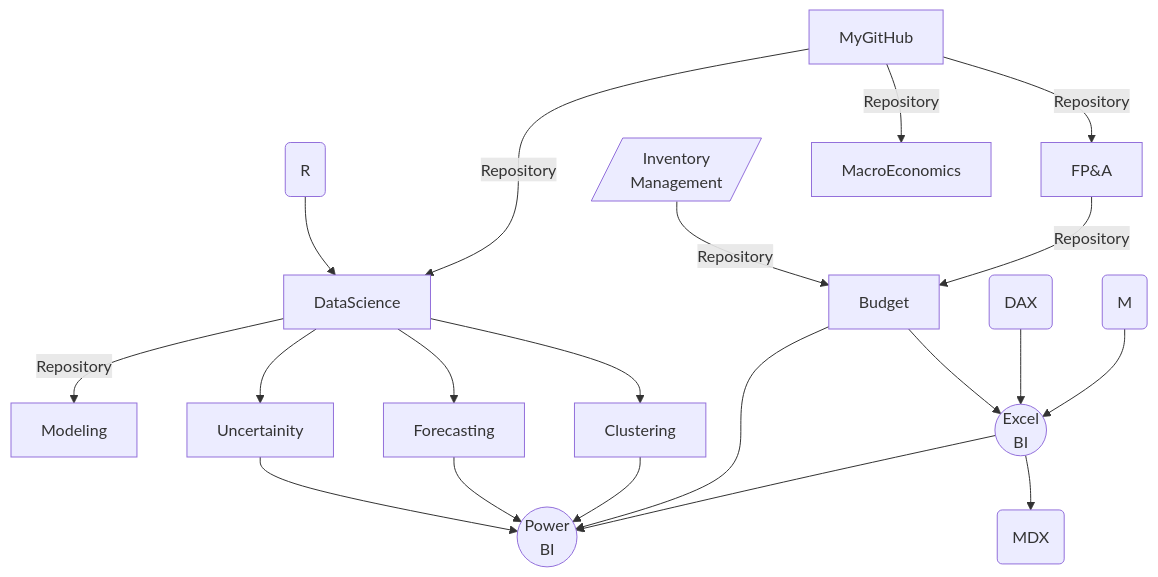
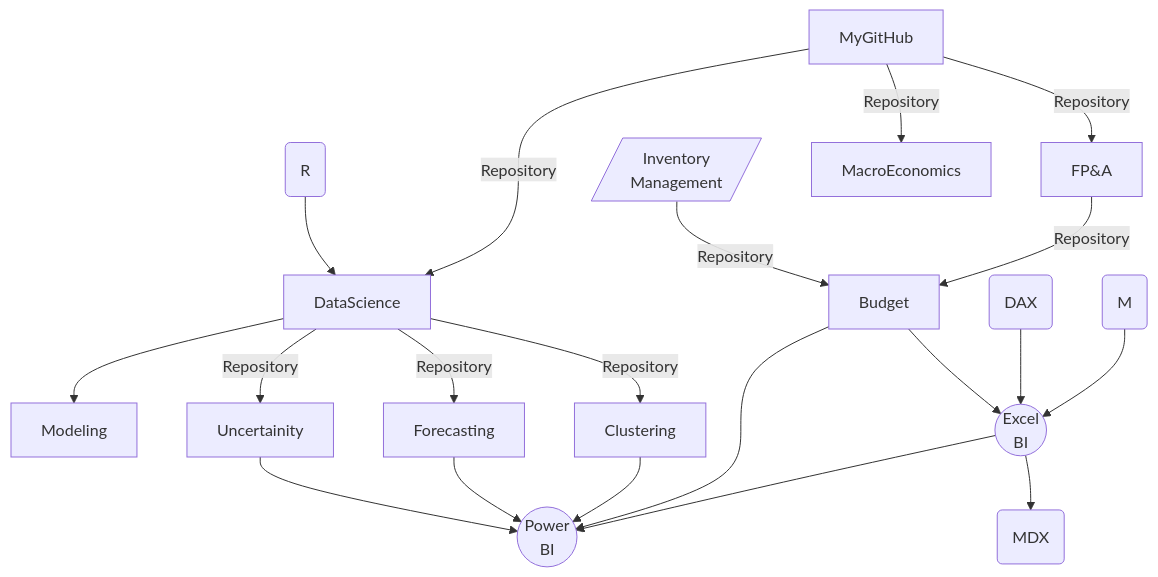
Before and after one commit to md3629/md3629: the diagram in README.md, drawn with Mermaid.

````diff
--- a/README.md
+++ b/README.md
@@ -9,22 +9,22 @@
 ```mermaid
 graph TD;
     MyGitHub-->|Repository|FP&A;
     Inv[/Inventory<br>Management/]-->|Repository|Budget;
     FP&A-->|Repository|Budget;
     R( R )-->DataScience;
     MyGitHub-->|Repository|DataScience;
     MyGitHub-->|Repository|MacroEconomics;
-    DataScience--Repository-->Modeling;
-    DataScience-->Forecasting;
-    DataScience-->Clustering;
-    DataScience-->Uncertainity;
+    DataScience-->Modeling;
+    DataScience--Repository-->Forecasting;
+    DataScience--Repository-->Clustering;
+    DataScience--Repository-->Uncertainity;
     Uncertainity-->P((Power<br>BI));
     Forecasting-->P((Power<br>BI));
     Clustering-->P((Power<br>BI));
     Budget-->P((Power<br>BI));
     Budget-->E((Excel<br>BI));
     D(DAX)-->E((Excel<br>BI));
     M(M)-->E((Excel<br>BI));
     E((Excel<br>BI))-->P((Power<br>BI));
     E((Excel<br>BI))-->A(MDX);
 ```
````
